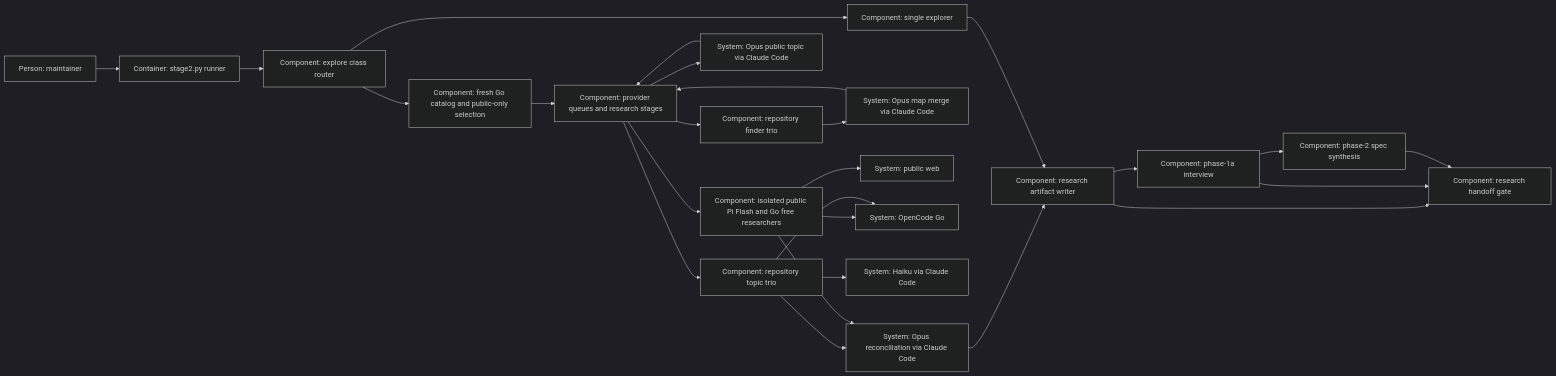
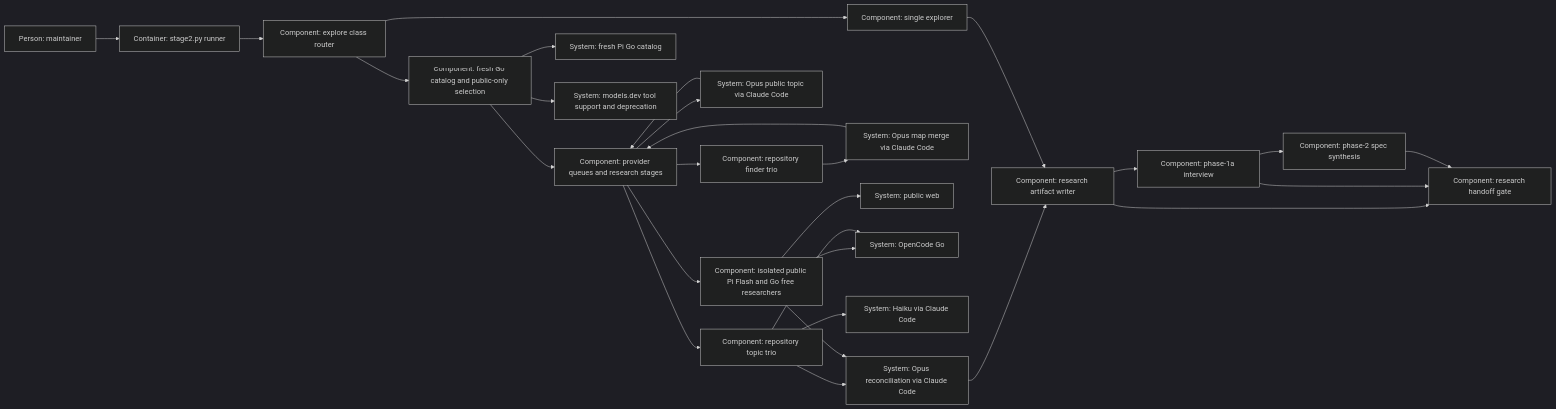
The diagram in plans/changes/research-swarm/design.md (bicycle-brakes/monotrope), drawn with Mermaid (dark theme) before and after one commit. The commit also changed other lines of this file and 6 other files, not shown here.

````diff
--- a/plans/changes/research-swarm/design.md
+++ b/plans/changes/research-swarm/design.md
@@ -345,28 +391,30 @@
 ```mermaid
 flowchart LR
     m["Person: maintainer"] --> r["Container: stage2.py runner"]
     r --> c["Component: explore class router"]
     c --> s["Component: single explorer"]
     c --> cat["Component: fresh Go catalog and public-only selection"]
     cat --> q["Component: provider queues and research stages"]
+    cat --> picat["System: fresh Pi Go catalog"]
+    cat --> caps["System: models.dev tool support and deprecation"]
     q --> f["Component: repository finder trio"]
     f --> merge["System: Opus map merge via Claude Code"]
     merge --> q
     q --> topic["System: Opus public topic via Claude Code"]
     topic --> q
     q --> local["Component: repository topic trio"]
     q --> online["Component: isolated public Pi Flash and Go free researchers"]
     online --> web["System: public web"]
     online --> go["System: OpenCode Go"]
     local --> go
     local --> claude["System: Haiku via Claude Code"]
     local --> judge["System: Opus reconciliation via Claude Code"]
     online --> judge
     judge --> w["Component: research artifact writer"]
     s --> w
     w --> interview["Component: phase-1a interview"]
     interview --> spec["Component: phase-2 spec synthesis"]
     w --> gate["Component: research handoff gate"]
     interview --> gate
     spec --> gate
 ```
````
